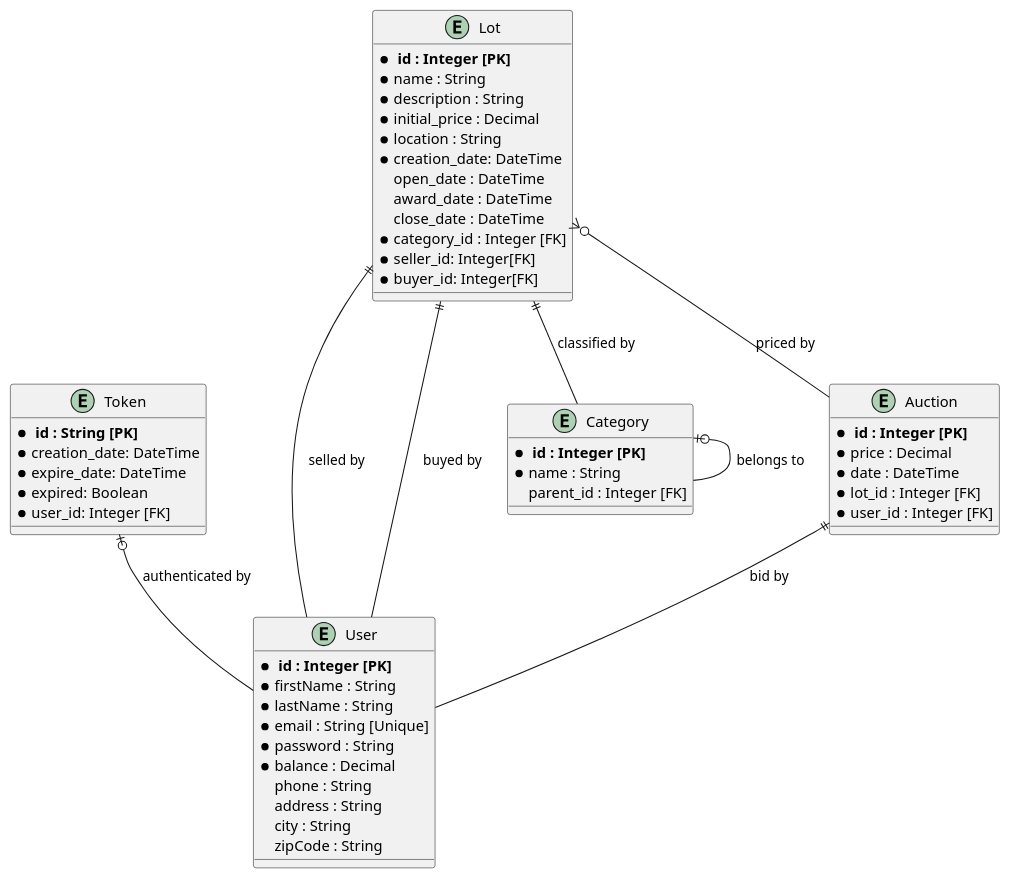
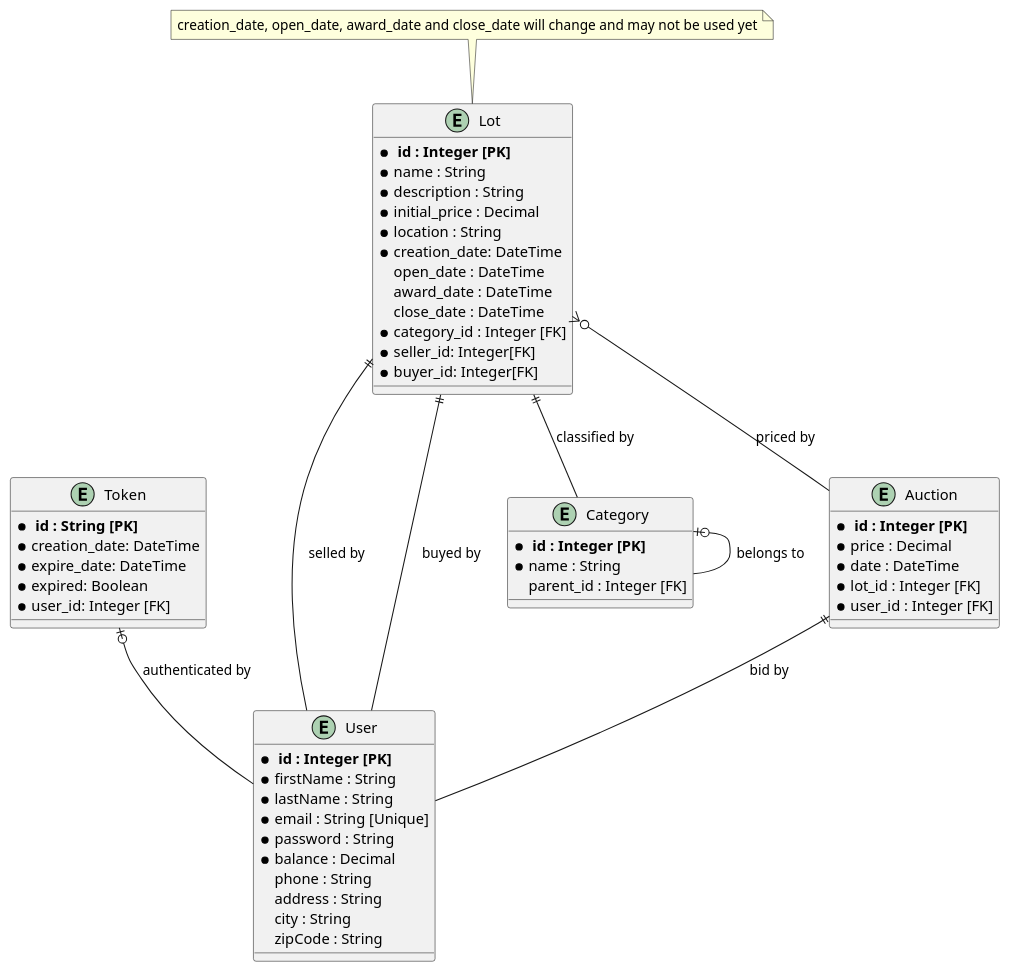
One commit to ETML-ES-LABEFE-MANUEL-THEO/BACKEND changed the diagram in docs/mld.puml. Above: the diagram before and after it, drawn with PlantUML. The commit also changed 3 other files, not shown here.

```diff
--- a/docs/mld.puml
+++ b/docs/mld.puml
@@ -1,59 +1,60 @@
  @startuml
 
 entity User {
     * ** id : Integer [PK] **
     * firstName : String
     * lastName : String
     * email : String [Unique]
     * password : String
     * balance : Decimal
     phone : String
     address : String
     city : String
     zipCode : String
 }
 
 entity Token {
     * ** id : String [PK] **
     * creation_date: DateTime
     * expire_date: DateTime
     * expired: Boolean
     * user_id: Integer [FK]
 }
 Token |o-- User : authenticated by
 
 entity Category {
     * ** id : Integer [PK] **
     * name : String
     parent_id : Integer [FK]
 }
 Category |o-- Category : belongs to
 
 entity Lot {
     * ** id : Integer [PK] **
     * name : String
     * description : String
     * initial_price : Decimal
     * location : String
     * creation_date: DateTime
     open_date : DateTime
     award_date : DateTime
     close_date : DateTime
     * category_id : Integer [FK]
     * seller_id: Integer[FK]
     * buyer_id: Integer[FK]
 }
+note top: creation_date, open_date, award_date and close_date will change and may not be used yet
 Lot ||-- Category : classified by
 Lot ||-- User : selled by
 Lot ||-- User : buyed by
 
 entity Auction {
     * ** id : Integer [PK] **
     * price : Decimal
     * date : DateTime
     * lot_id : Integer [FK]
     * user_id : Integer [FK]
 }
 Lot }o-- Auction : priced by
 Auction ||-- User : bid by
 @enduml
```
